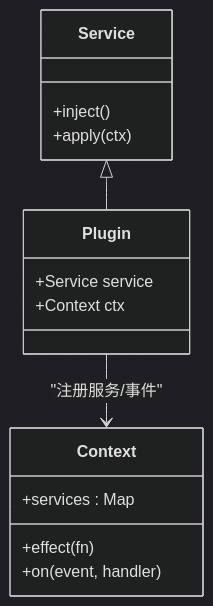
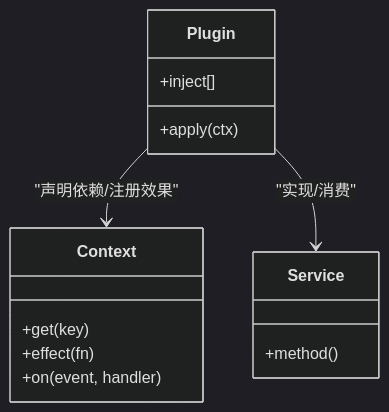
Before and after one commit to gongzili456/deepseek-harness: the sixth of 7 diagrams in .qoder/repowiki/zh/content/项目概览/项目介绍.md, drawn with Mermaid (dark theme). The commit also changed other lines of this file and 1001 other files, not shown here.

````diff
--- a/.qoder/repowiki/zh/content/项目概览/项目介绍.md
+++ b/.qoder/repowiki/zh/content/项目概览/项目介绍.md
@@ -123,18 +203,17 @@
 ```mermaid
 classDiagram
-class Service {
-+inject()
+class Plugin {
++inject[]
 +apply(ctx)
 }
 class Context {
-+services : Map
++get(key)
 +effect(fn)
 +on(event, handler)
 }
-class Plugin {
-+Service service
-+Context ctx
+class Service {
++method()
 }
-Service <|-- Plugin
-Plugin --> Context : "注册服务/事件"
+Plugin --> Context : "声明依赖/注册效果"
+Plugin --> Service : "实现/消费"
 ```
````
